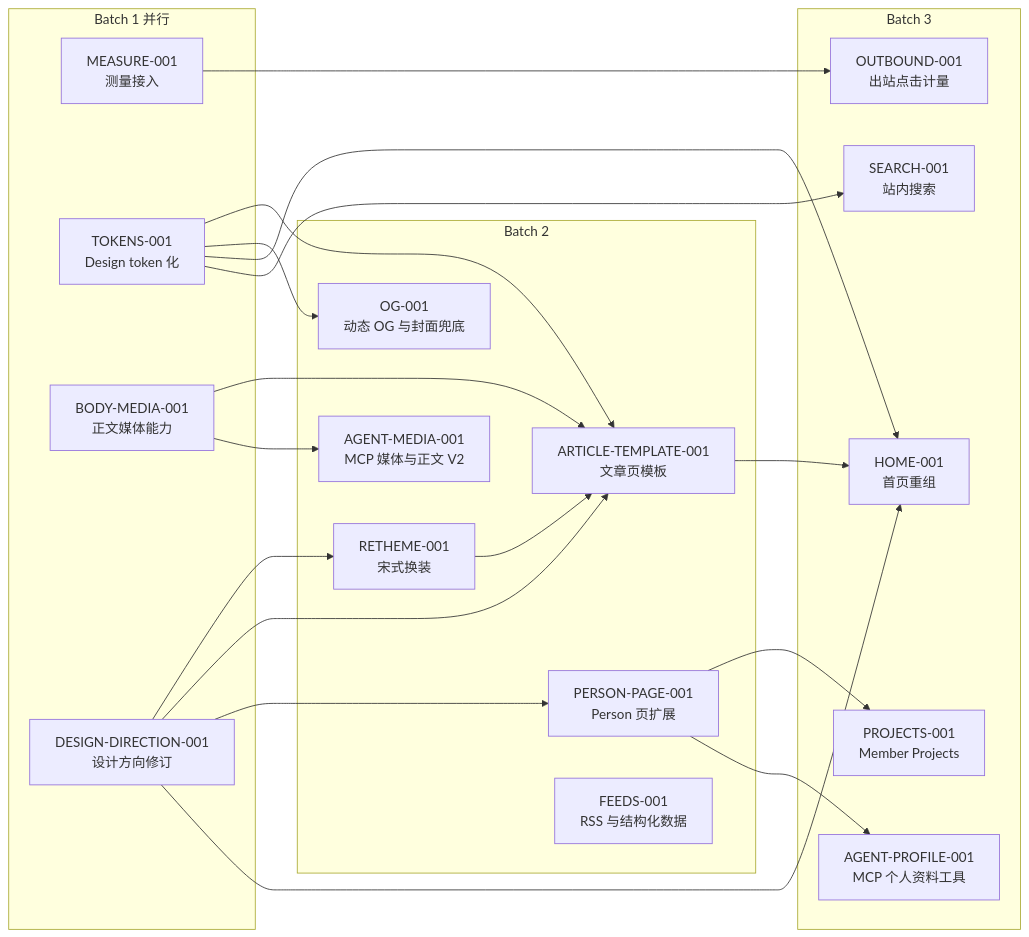
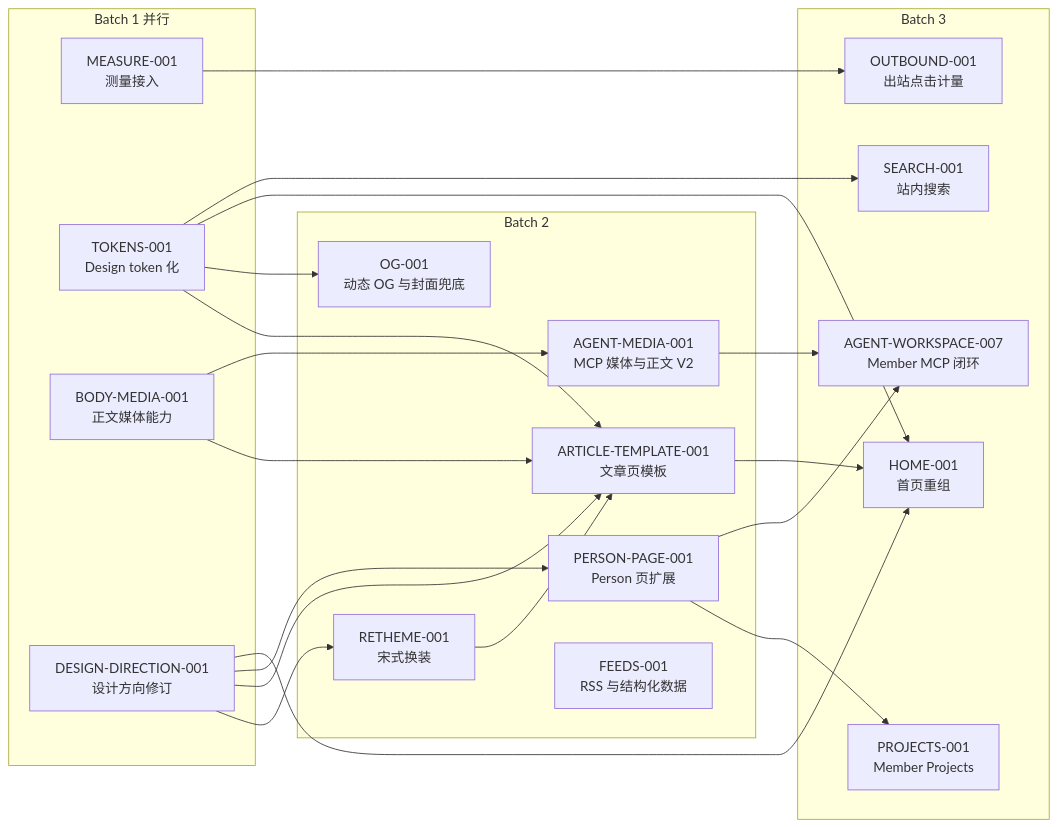
One commit to lonelyreader/chinaknowledge changed the diagram in docs/roadmap/site-infrastructure-program.md. Above: the diagram before and after it, drawn with Mermaid. The commit also changed other lines of this file and 6 other files, not shown here.

Commit message:
docs(agent): activate member completion contract

````diff
--- a/docs/roadmap/site-infrastructure-program.md
+++ b/docs/roadmap/site-infrastructure-program.md
@@ -21,39 +21,40 @@
 ```mermaid
 flowchart LR
     subgraph B1["Batch 1 并行"]
       A["MEASURE-001<br/>测量接入"]
       B["TOKENS-001<br/>Design token 化"]
       C["BODY-MEDIA-001<br/>正文媒体能力"]
       D["DESIGN-DIRECTION-001<br/>设计方向修订"]
     end
     subgraph B2["Batch 2"]
       R["RETHEME-001<br/>宋式换装"]
       E["ARTICLE-TEMPLATE-001<br/>文章页模板"]
       F["OG-001<br/>动态 OG 与封面兜底"]
       G["AGENT-MEDIA-001<br/>MCP 媒体与正文 V2"]
       H["PERSON-PAGE-001<br/>Person 页扩展"]
       M["FEEDS-001<br/>RSS 与结构化数据"]
     end
     subgraph B3["Batch 3"]
       O["HOME-001<br/>首页重组"]
       I["PROJECTS-001<br/>Member Projects"]
-      J["AGENT-PROFILE-001<br/>MCP 个人资料工具"]
+      J["AGENT-WORKSPACE-007<br/>Member MCP 闭环"]
       L["SEARCH-001<br/>站内搜索"]
       N["OUTBOUND-001<br/>出站点击计量"]
     end
     D --> R
     R --> E
     B --> E
     D --> E
     C --> E
     B --> F
     C --> G
+    G --> J
     D --> H
     B --> O
     D --> O
     E --> O
     H --> I
     H --> J
     B --> L
     A --> N
 ```
````
